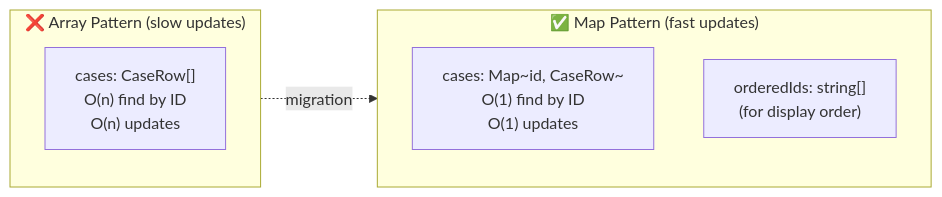
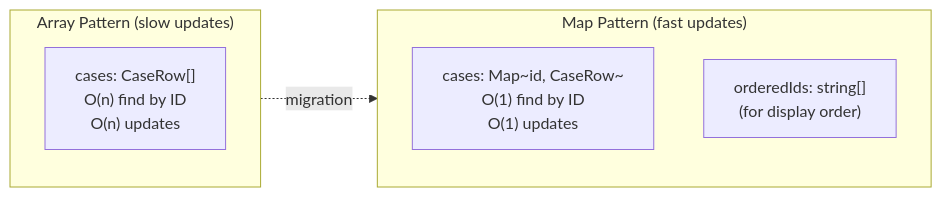
Before and after one commit to macho715/logi_hvdc_dash: diagram 11 of 19 in apps/logistics-dashboard/docs/SYSTEM-ARCHITECTURE.md, drawn with Mermaid. The commit also changed other lines of this file and 80 other files, not shown here.

````diff
--- a/apps/logistics-dashboard/docs/SYSTEM-ARCHITECTURE.md
+++ b/apps/logistics-dashboard/docs/SYSTEM-ARCHITECTURE.md
@@ -408,13 +504,13 @@
 ```mermaid
 graph LR
-    subgraph Before["❌ Array Pattern (slow updates)"]
-        Arr["cases: CaseRow[]<br/>O(n) find by ID<br/>O(n) updates"]
+    subgraph Before["Array Pattern (slow updates)"]
+        Arr["cases: CaseRow[]\nO(n) find by ID\nO(n) updates"]
     end
 
-    subgraph After["✅ Map Pattern (fast updates)"]
-        Map["cases: Map~id, CaseRow~<br/>O(1) find by ID<br/>O(1) updates"]
-        Order["orderedIds: string[]<br/>(for display order)"]
+    subgraph After["Map Pattern (fast updates)"]
+        Map["cases: Map~id, CaseRow~\nO(1) find by ID\nO(1) updates"]
+        Order["orderedIds: string[]\n(for display order)"]
     end
 
     Before -.->|"migration"| After
 ```
````
